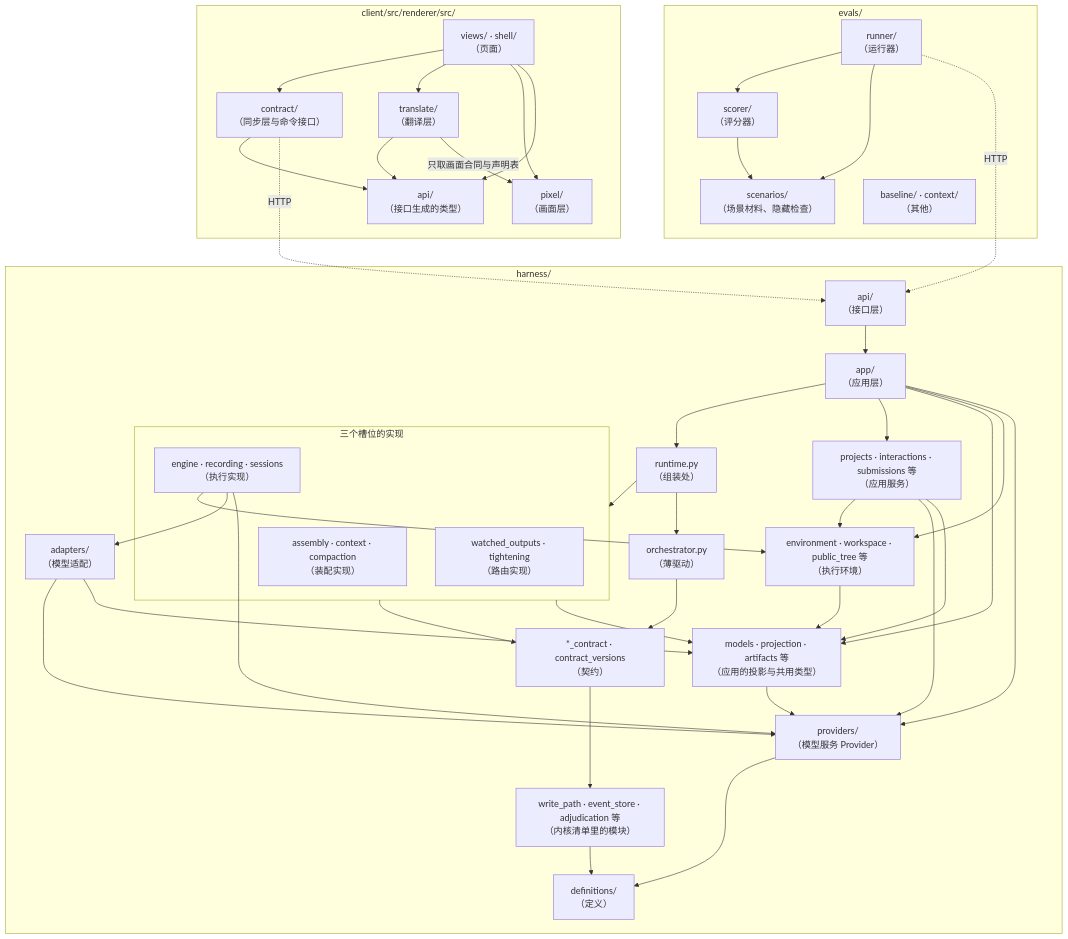
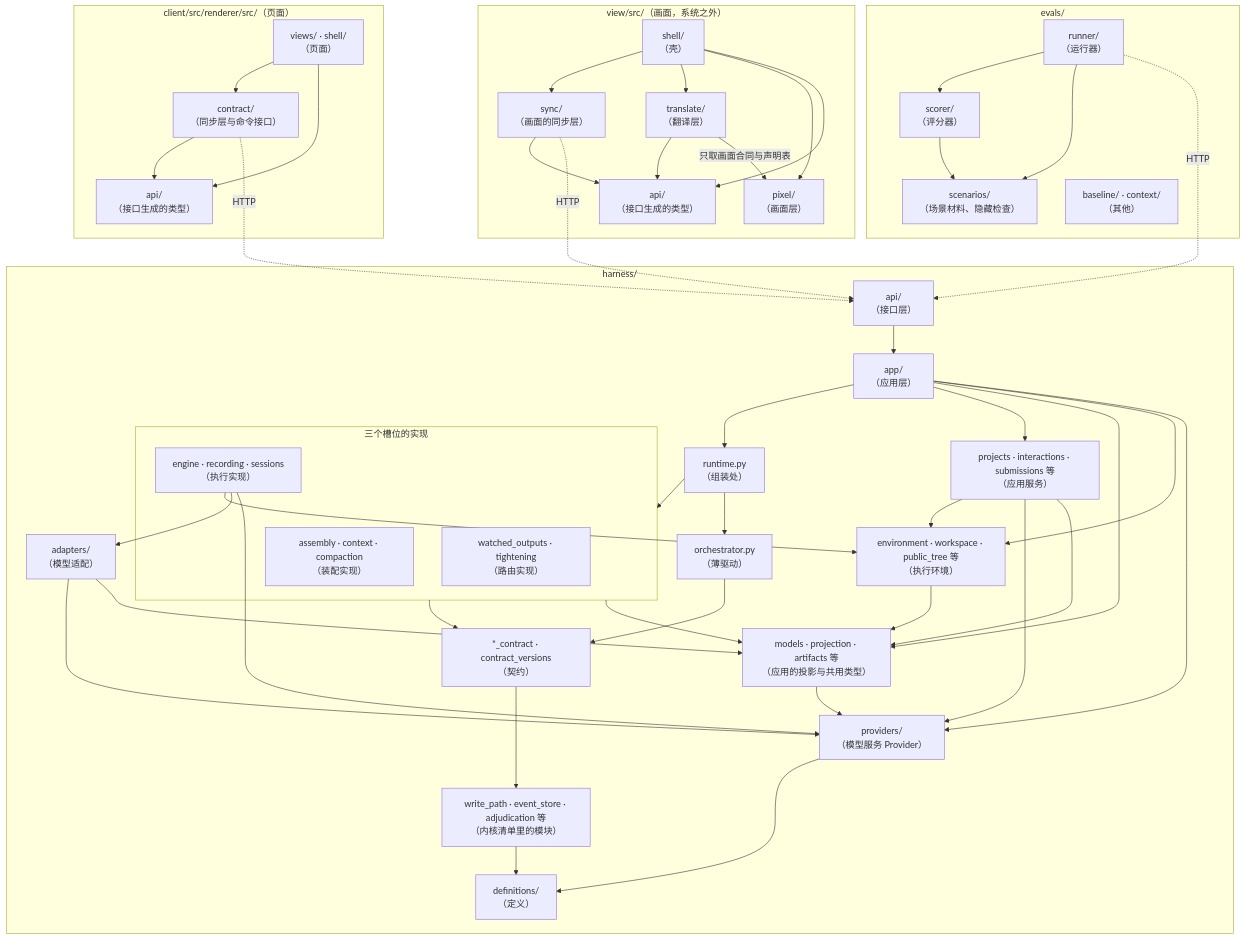
The second of 4 diagrams in docs/design/architecture/overall-architecture.md (bender2333/yudao), drawn with Mermaid before and after one commit. The commit also changed other lines of this file and 4 other files, not shown here.

````diff
--- a/docs/design/architecture/overall-architecture.md
+++ b/docs/design/architecture/overall-architecture.md
@@ -143,11 +146,16 @@
 ```mermaid
 flowchart TB
-  subgraph C["client/src/renderer/src/"]
+  subgraph C["client/src/renderer/src/（页面）"]
     Views["views/ · shell/<br/>（页面）"]
     Sync["contract/<br/>（同步层与命令接口）"]
+    Gen["api/<br/>（接口生成的类型）"]
+  end
+  subgraph V["view/src/（画面，系统之外）"]
+    VShell["shell/<br/>（壳）"]
+    VSync["sync/<br/>（画面的同步层）"]
     Trans["translate/<br/>（翻译层）"]
     Pixel["pixel/<br/>（画面层）"]
-    Gen["api/<br/>（接口生成的类型）"]
+    VGen["api/<br/>（接口生成的类型）"]
   end
   subgraph E["evals/"]
     Runner["runner/<br/>（运行器）"]
@@ -175,18 +183,23 @@
     Defs["definitions/<br/>（定义）"]
   end
   Views --> Sync
-  Views --> Trans
-  Views --> Pixel
   Views --> Gen
   Sync --> Gen
-  Trans --> Gen
+  VShell --> VSync
+  VShell --> Trans
+  VShell --> Pixel
+  VShell --> VGen
+  VSync --> VGen
+  Trans --> VGen
   Trans -->|"只取画面合同与声明表"| Pixel
   Runner --> Scorer
   Runner --> Scen
   Scorer --> Scen
   Sync -.->|"HTTP"| Api
+  VSync -.->|"HTTP"| Api
   Runner -.->|"HTTP"| Api
   Gen ~~~ Api
+  VGen ~~~ Api
   Scen ~~~ Api
   EOther ~~~ Api
   Api --> App
````
